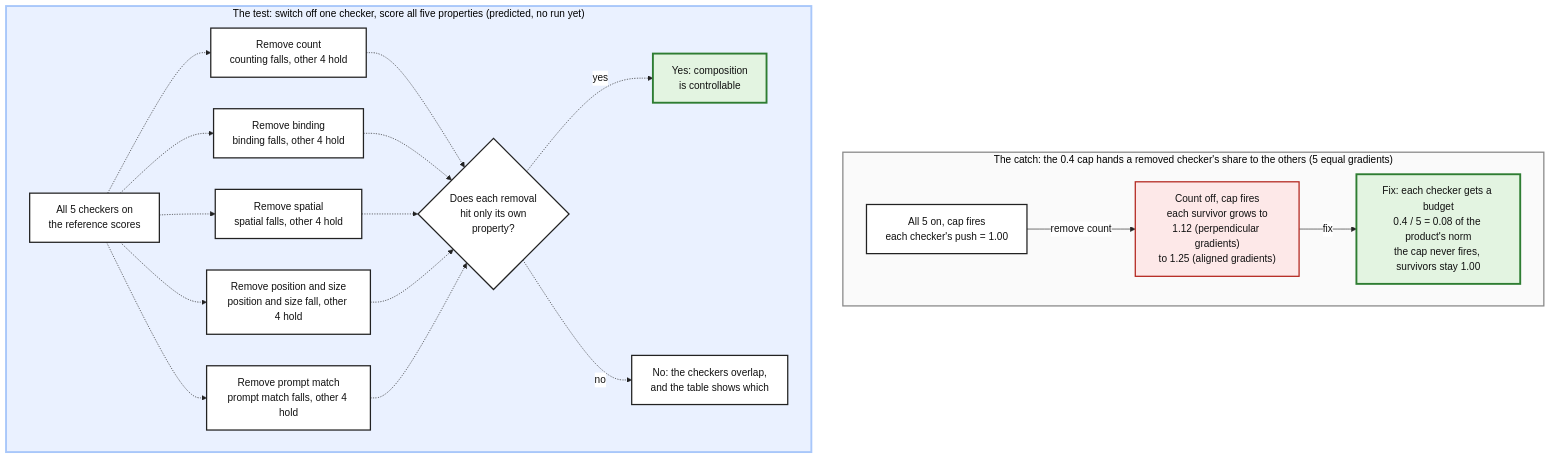
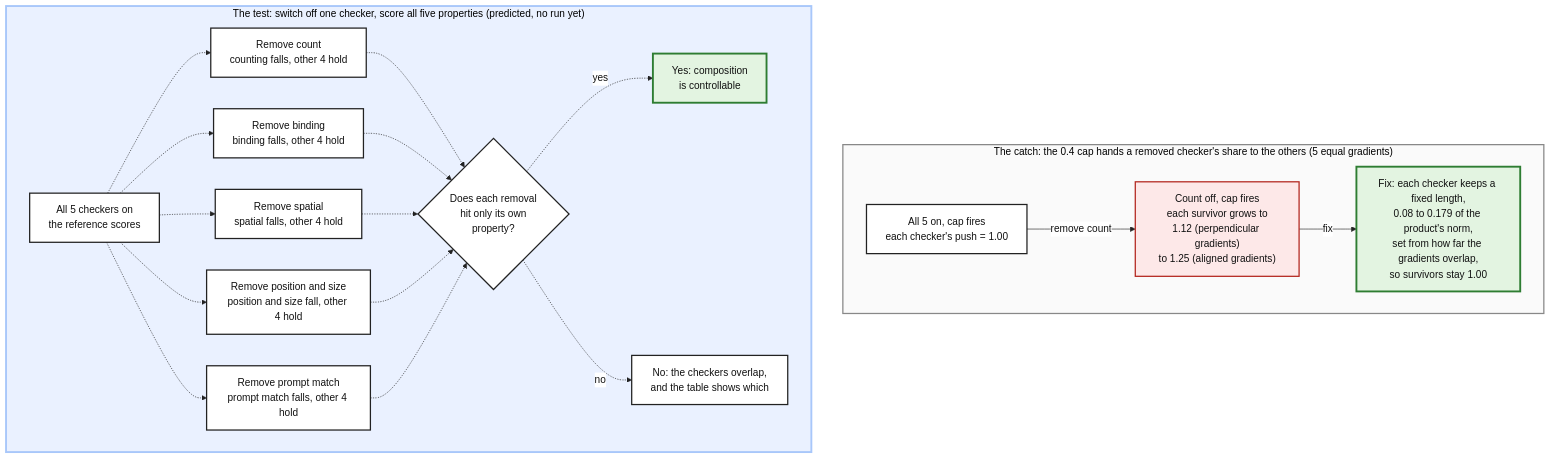
The diagram in artifacts/notes/progress/abstract-checkers/01-reading/removal-test.mmd (mo-rsa24/concept-composition), drawn with Mermaid before and after one commit. The commit also changed 7 other files, not shown here.

```diff
--- a/artifacts/notes/progress/abstract-checkers/01-reading/removal-test.mmd
+++ b/artifacts/notes/progress/abstract-checkers/01-reading/removal-test.mmd
@@ -1,38 +1,38 @@
 %%{init: {'theme': 'base', 'themeVariables': {'fontFamily': 'monospace', 'primaryColor': '#ffffff', 'primaryBorderColor': '#222222', 'primaryTextColor': '#111111', 'lineColor': '#222222'}}}%%
 flowchart LR
     subgraph TEST["The test: switch off one checker, score all five properties (predicted, no run yet)"]
         direction LR
         ALL["All 5 checkers on<br/>the reference scores"]
         R1["Remove count<br/>counting falls, other 4 hold"]
         R2["Remove binding<br/>binding falls, other 4 hold"]
         R3["Remove spatial<br/>spatial falls, other 4 hold"]
         R4["Remove position and size<br/>position and size fall, other 4 hold"]
         R5["Remove prompt match<br/>prompt match falls, other 4 hold"]
         Q{"Does each removal<br/>hit only its own<br/>property?"}
         YES["Yes: composition<br/>is controllable"]
         NO["No: the checkers overlap,<br/>and the table shows which"]
         ALL -.-> R1 & R2 & R3 & R4 & R5
         R1 & R2 & R3 & R4 & R5 -.-> Q
         Q -.->|yes| YES
         Q -.->|no| NO
     end
 
     subgraph CAP["The catch: the 0.4 cap hands a removed checker's share to the others (5 equal gradients)"]
         direction LR
         C1["All 5 on, cap fires<br/>each checker's push = 1.00"]
         C2["Count off, cap fires<br/>each survivor grows to<br/>1.12 (perpendicular gradients)<br/>to 1.25 (aligned gradients)"]
-        C3["Fix: each checker gets a budget<br/>0.4 / 5 = 0.08 of the product's norm<br/>the cap never fires, survivors stay 1.00"]
+        C3["Fix: each checker keeps a fixed length,<br/>0.08 to 0.179 of the product's norm,<br/>set from how far the gradients overlap,<br/>so survivors stay 1.00"]
         C1 -->|remove count| C2
         C2 -->|fix| C3
     end
 
     TEST ~~~ CAP
 
     classDef plain fill:#ffffff,stroke:#222222,stroke-width:2px,color:#111111
     classDef bad fill:#fde8e8,stroke:#b3261e,stroke-width:2px,color:#111111
     classDef good fill:#e3f4e1,stroke:#2e7d32,stroke-width:3px,color:#111111
     class ALL,R1,R2,R3,R4,R5,Q,NO,C1 plain
     class C2 bad
     class YES,C3 good
     style TEST fill:#eaf1ff,stroke:#a8c7fa,stroke-width:3px
     style CAP fill:#fafafa,stroke:#888888,stroke-width:2px
```
